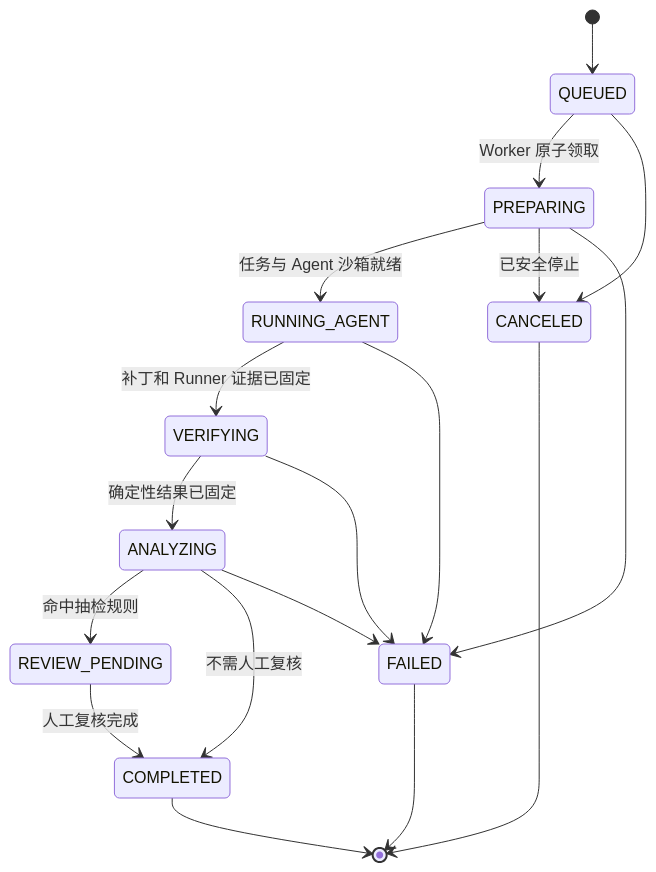
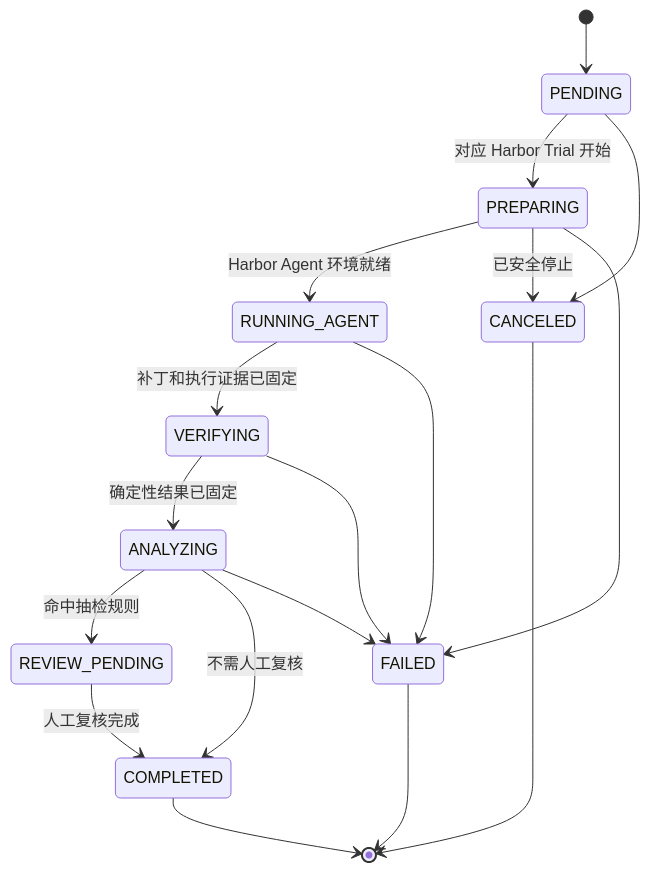
Before and after one commit to anphuchoang5-sys/agent-exam: the third of 4 diagrams in docs/architecture/DATA_MODEL.md, drawn with Mermaid. The commit also changed other lines of this file and 14 other files, not shown here.

Commit message:
docs: finalize Harbor execution architecture

````diff
--- a/docs/architecture/DATA_MODEL.md
+++ b/docs/architecture/DATA_MODEL.md
@@ -247,22 +351,22 @@
 ```mermaid
 stateDiagram-v2
-    [*] --> QUEUED
-    QUEUED --> PREPARING: Worker 原子领取
-    PREPARING --> RUNNING_AGENT: 任务与 Agent 沙箱就绪
-    RUNNING_AGENT --> VERIFYING: 补丁和 Runner 证据已固定
+    [*] --> PENDING
+    PENDING --> PREPARING: 对应 Harbor Trial 开始
+    PREPARING --> RUNNING_AGENT: Harbor Agent 环境就绪
+    RUNNING_AGENT --> VERIFYING: 补丁和执行证据已固定
     VERIFYING --> ANALYZING: 确定性结果已固定
     ANALYZING --> REVIEW_PENDING: 命中抽检规则
     ANALYZING --> COMPLETED: 不需人工复核
     REVIEW_PENDING --> COMPLETED: 人工复核完成
 
-    QUEUED --> CANCELED
+    PENDING --> CANCELED
     PREPARING --> CANCELED: 已安全停止
     PREPARING --> FAILED
     RUNNING_AGENT --> FAILED
     VERIFYING --> FAILED
     ANALYZING --> FAILED
 
     COMPLETED --> [*]
     FAILED --> [*]
     CANCELED --> [*]
 ```
````
